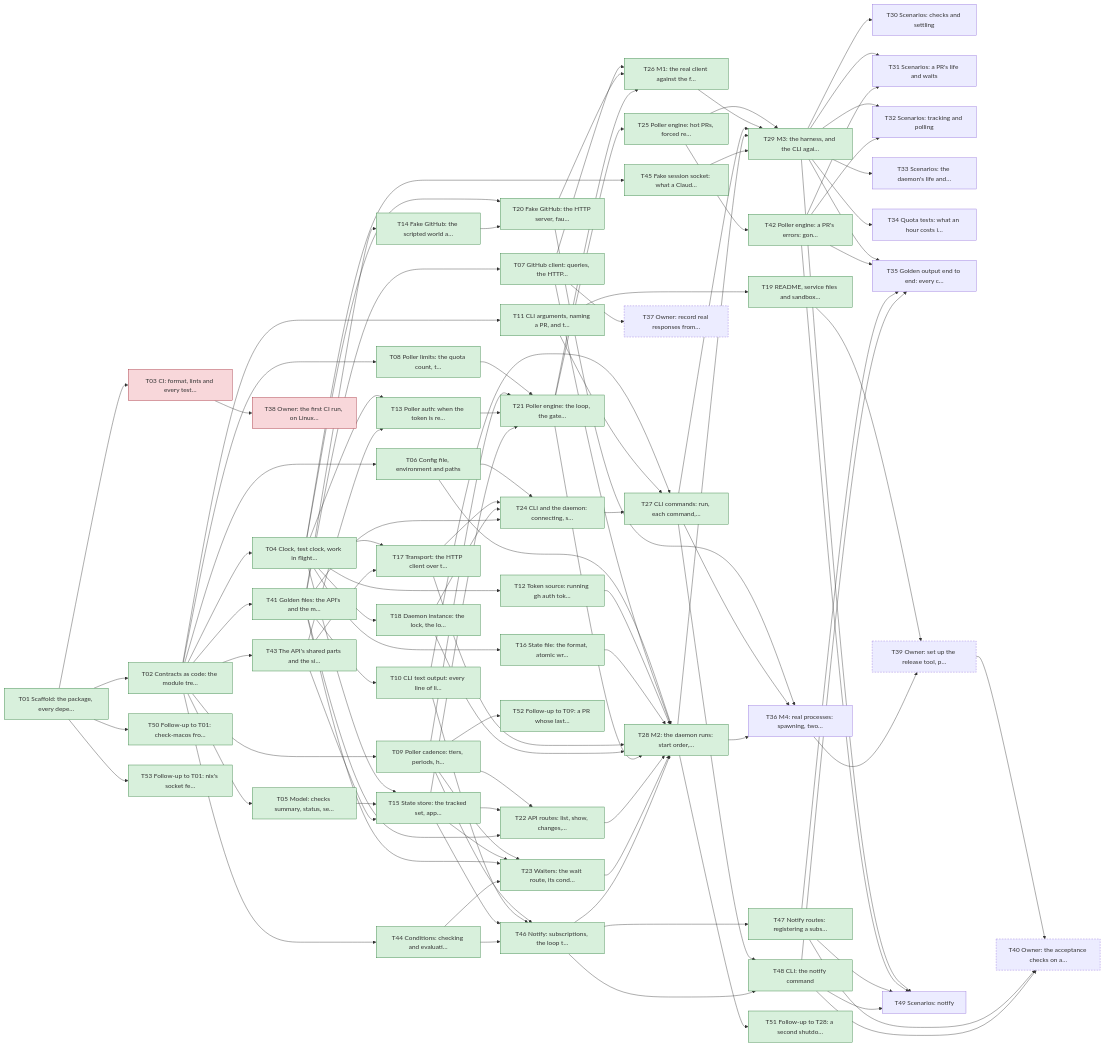
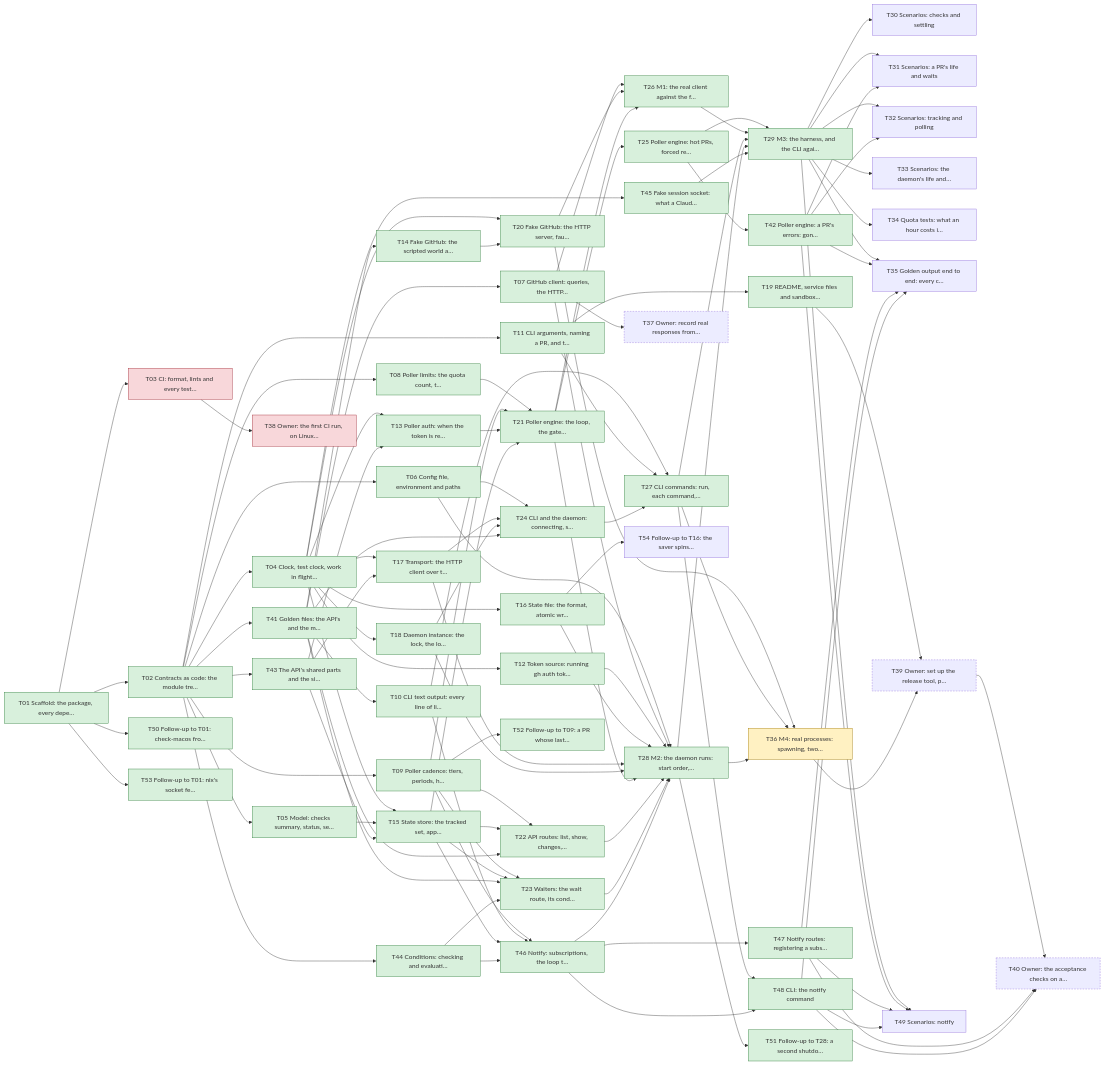
One commit to yachiko/circitor changed the diagram in plan/README.md. Above: the diagram before and after it, drawn with Mermaid. The commit also changed other lines of this file and 5 other files, not shown here.

Commit message:
Add follow-up T54: the saver spins on a moving clock

```diff
--- a/plan/README.md
+++ b/plan/README.md
@@ -175,7 +176,7 @@
   T33["T33 Scenarios: the daemon's life and…"]
   T34["T34 Quota tests: what an hour costs i…"]
   T35["T35 Golden output end to end: every c…"]
-  T36["T36 M4: real processes: spawning, two…"]
+  T36["T36 M4: real processes: spawning, two…"]:::active
   T37["T37 Owner: record real responses from…"]:::manual
   T38["T38 Owner: the first CI run, on Linux…"]:::blocked
   T39["T39 Owner: set up the release tool, p…"]:::manual
@@ -193,6 +194,7 @@
   T51["T51 Follow-up to T28: a second shutdo…"]:::done
   T52["T52 Follow-up to T09: a PR whose last…"]:::done
   T53["T53 Follow-up to T01: nix's socket fe…"]:::done
+  T54["T54 Follow-up to T16: the saver spins…"]
   T01 --> T02
   T01 --> T03
   T02 --> T04
@@ -295,6 +297,7 @@
   T28 --> T51
   T09 --> T52
   T01 --> T53
+  T16 --> T54
   classDef done fill:#d8f0dc,stroke:#2f7d3b
   classDef active fill:#fff1c2,stroke:#a07800
   classDef blocked fill:#f8d7da,stroke:#a12a35
```
